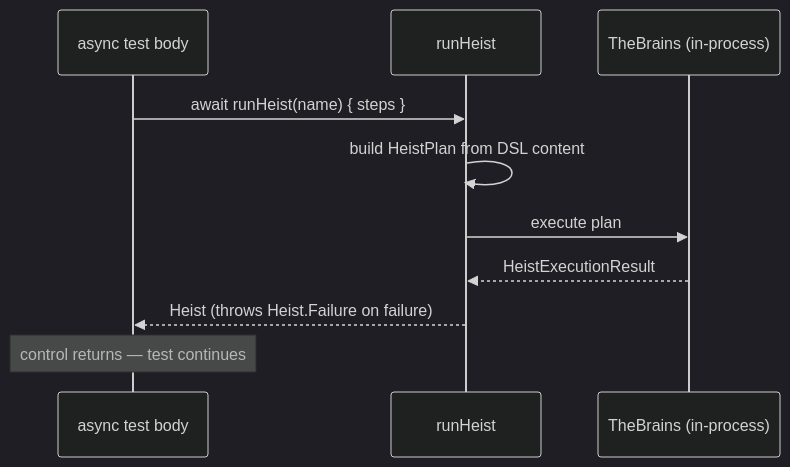
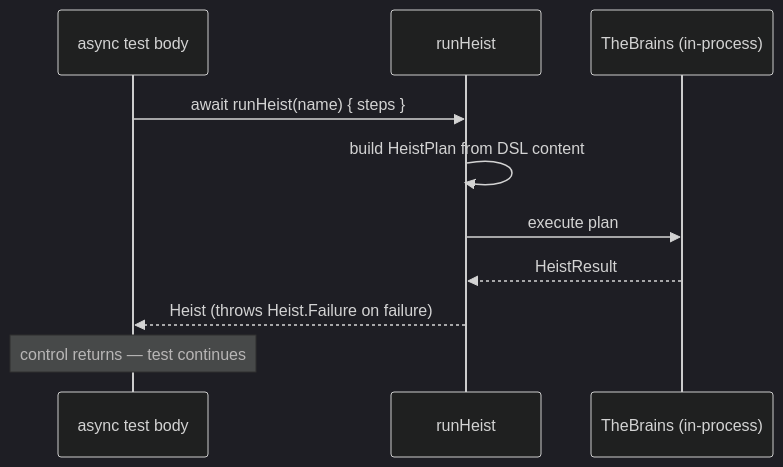
The first of 4 diagrams in docs/diagrams/test-entry-points.md (RoyalPineapple/TheButtonHeist), drawn with Mermaid (dark theme) before and after one commit. The commit also changed other lines of this file and 461 other files, not shown here.

First line of the commit message:
Collapse duplicate heist runtime and result models (#1364)

````diff
--- a/docs/diagrams/test-entry-points.md
+++ b/docs/diagrams/test-entry-points.md
@@ -10,13 +10,13 @@
 ```mermaid
 sequenceDiagram
     participant Test as async test body
     participant BHT as runHeist
     participant Brains as TheBrains (in-process)
 
     Test->>BHT: await runHeist(name) { steps }
     BHT->>BHT: build HeistPlan from DSL content
     BHT->>Brains: execute plan
-    Brains-->>BHT: HeistExecutionResult
+    Brains-->>BHT: HeistResult
     BHT-->>Test: Heist (throws Heist.Failure on failure)
     Note over Test: control returns — test continues
 ```
````
